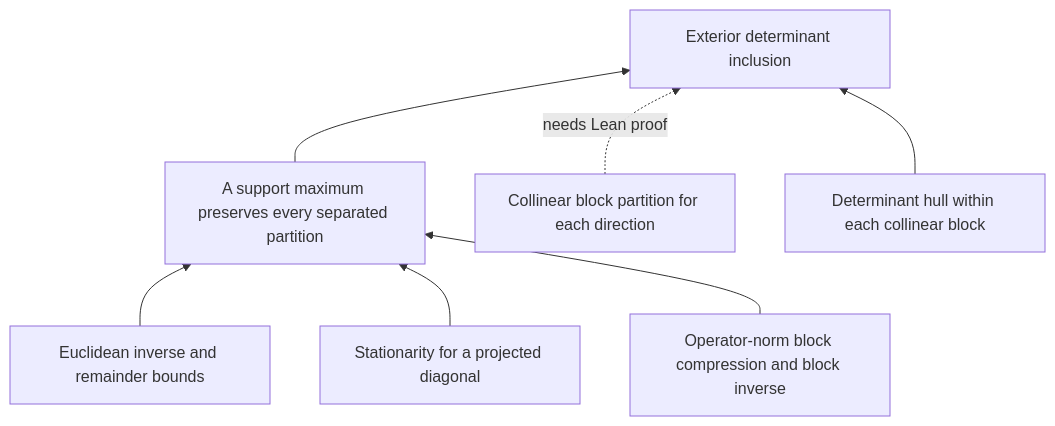
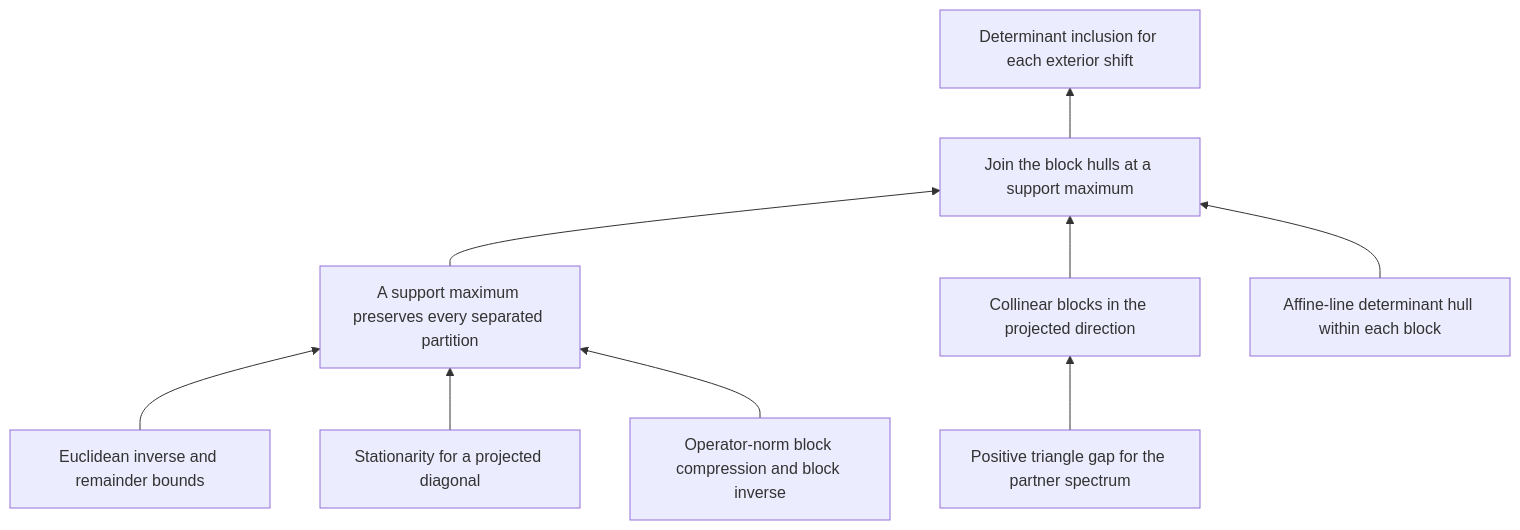
Before and after one commit to ascendnoosphere/MOC: the second of 2 diagrams in Docs/Proofs/free-eigenvalue-exterior-map.md, drawn with Mermaid. The commit also changed other lines of this file and 1 other file, not shown here.

Commit message:
Prove determinant inclusion for exterior scalar shifts

```diff
--- a/Docs/Proofs/free-eigenvalue-exterior-map.md
+++ b/Docs/Proofs/free-eigenvalue-exterior-map.md
@@ -56,16 +56,20 @@
 ~~~mermaid
 flowchart BT
     R["Euclidean inverse and remainder bounds"]
     C["Stationarity for a projected diagonal"]
     K["Operator-norm block compression and block inverse"]
     B["A support maximum preserves every separated partition"]
-    G["Collinear block partition for each direction"]
-    H["Determinant hull within each collinear block"]
-    P["Exterior determinant inclusion"]
+    T["Positive triangle gap for the partner spectrum"]
+    G["Collinear blocks in the projected direction"]
+    H["Affine-line determinant hull within each block"]
+    A["Join the block hulls at a support maximum"]
+    P["Determinant inclusion for each exterior shift"]
     R --> B
     C --> B
     K --> B
-    B --> P
-    G -.->|needs Lean proof| P
-    H --> P
+    T --> G
+    B --> A
+    G --> A
+    H --> A
+    A --> P
 ~~~
```
